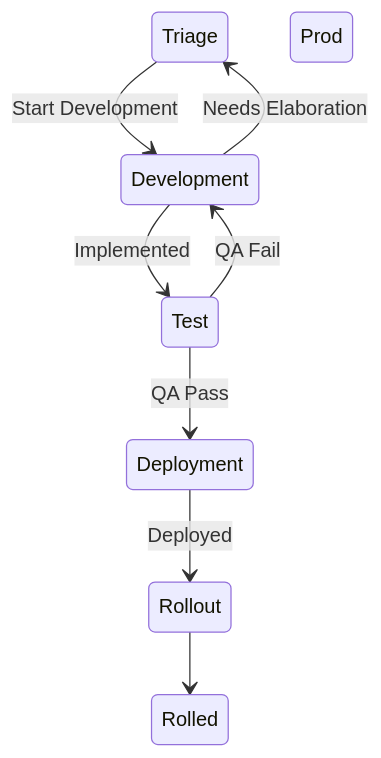
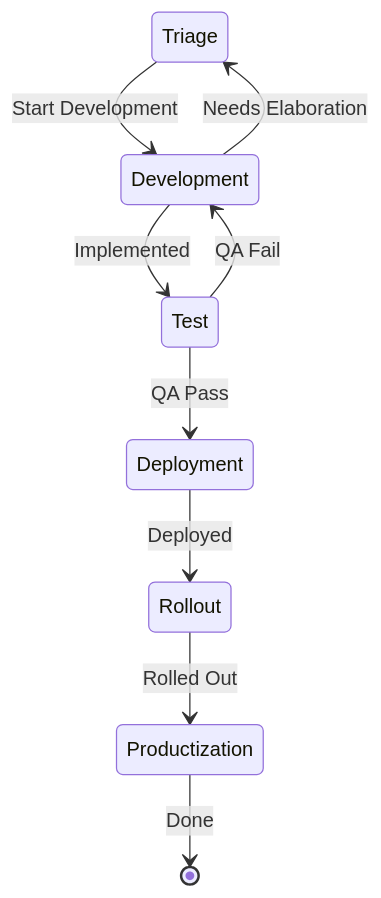
One commit to NyanHelsing/nyanhelsing.github.io changed the diagram in workflow.md. Above: the diagram before and after it, drawn with Mermaid.

````diff
--- a/workflow.md
+++ b/workflow.md
@@ -7,10 +7,12 @@
 ```mermaid
 stateDiagram-v2
     Triage --> Development: Start Development
     Development --> Triage: Needs Elaboration
     Development --> Test: Implemented
     Test --> Development: QA Fail
     Test --> Deployment: QA Pass
     Deployment --> Rollout: Deployed
-    Rollout --> Rolled Out: Prod
+    Rollout --> Productization: Rolled Out
+    Productization --> [*]: Done
+    
 ```
````
